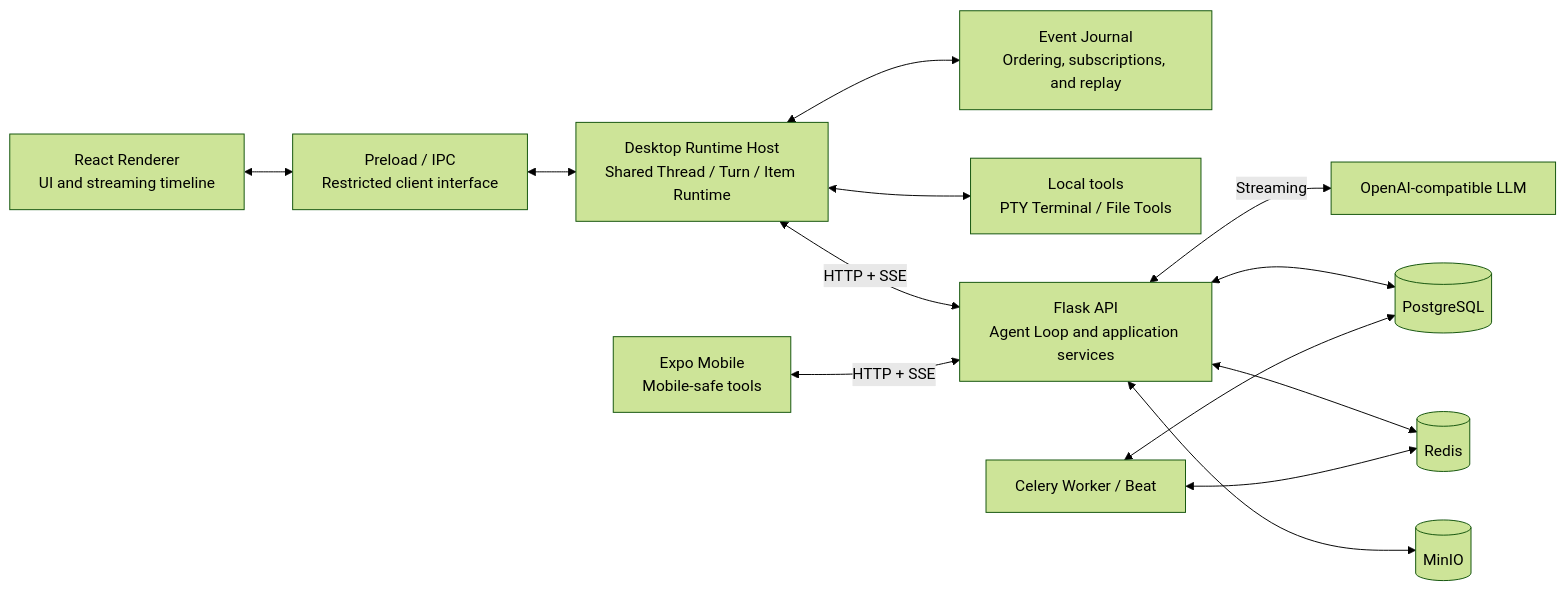
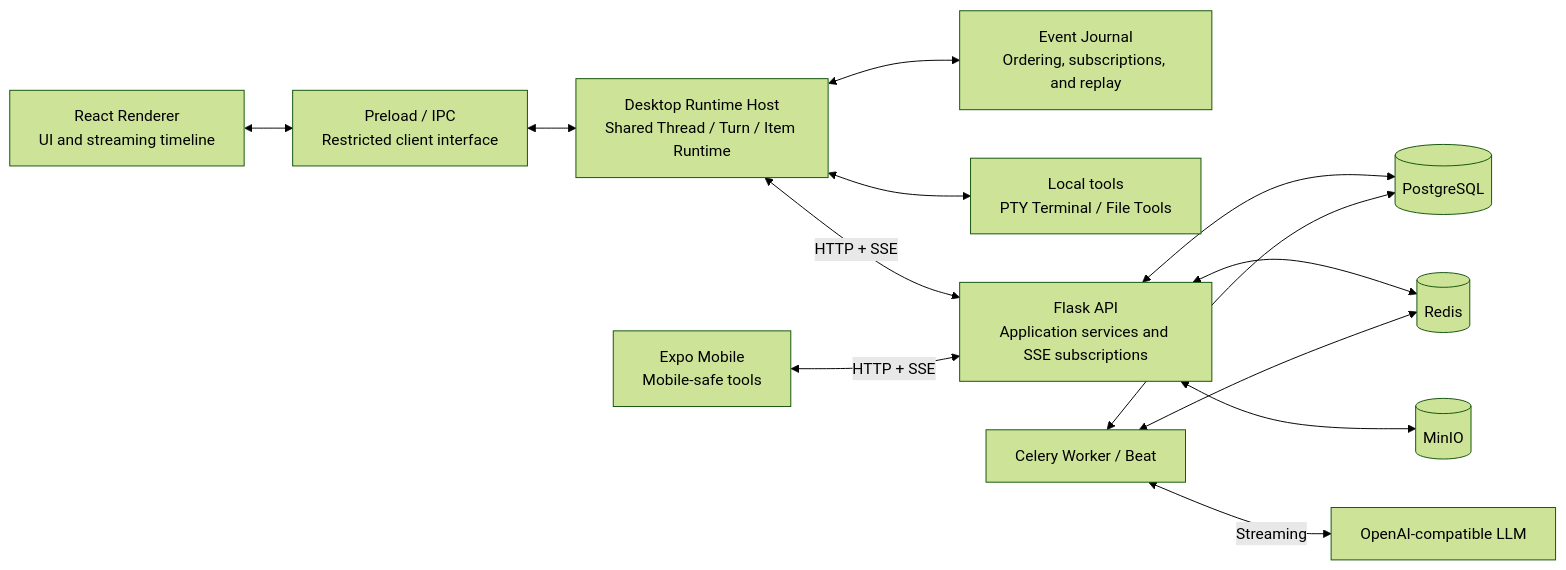
Before and after one commit to Covfefeable/ohmycode: the first of 3 diagrams in README.en.md, drawn with Mermaid (forest theme). The commit also changed other lines of this file and 36 other files, not shown here.

````diff
--- a/README.en.md
+++ b/README.en.md
@@ -87,28 +87,28 @@
 ```mermaid
 flowchart LR
     UI[React Renderer<br/>UI and streaming timeline]
     IPC[Preload / IPC<br/>Restricted client interface]
     RT[Desktop Runtime Host<br/>Shared Thread / Turn / Item Runtime]
     JOURNAL[Event Journal<br/>Ordering, subscriptions, and replay]
     TOOLS[Local tools<br/>PTY Terminal / File Tools]
-    API[Flask API<br/>Agent Loop and application services]
+    API[Flask API<br/>Application services and SSE subscriptions]
     MODEL[OpenAI-compatible LLM]
     DB[(PostgreSQL)]
     CACHE[(Redis)]
     OBJECT[(MinIO)]
     WORKER[Celery Worker / Beat]
     MOBILE[Expo Mobile<br/>Mobile-safe tools]
 
     UI <--> IPC
     IPC <--> RT
     RT <--> JOURNAL
     RT <--> TOOLS
     RT <-->|HTTP + SSE| API
-    API <-->|Streaming| MODEL
+    WORKER <-->|Streaming| MODEL
     API <--> DB
     API <--> CACHE
     API <--> OBJECT
     WORKER <--> DB
     WORKER <--> CACHE
     MOBILE <-->|HTTP + SSE| API
 ```
````
